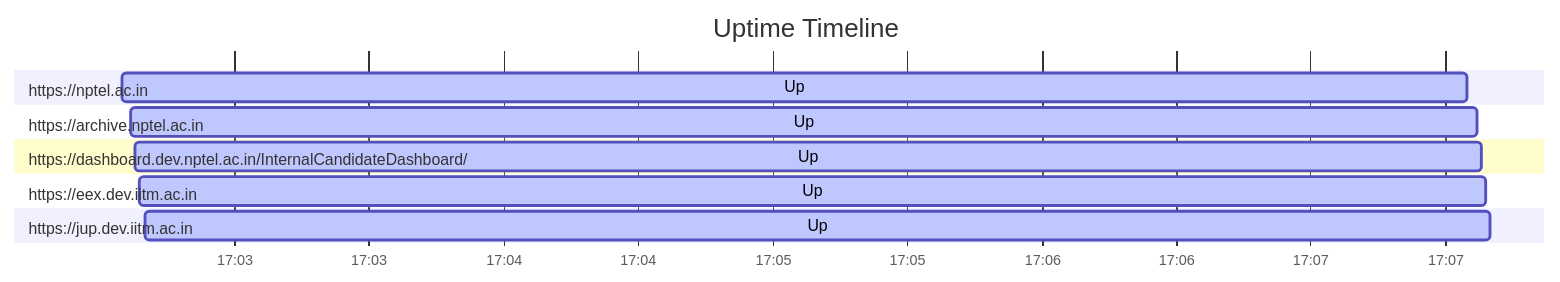
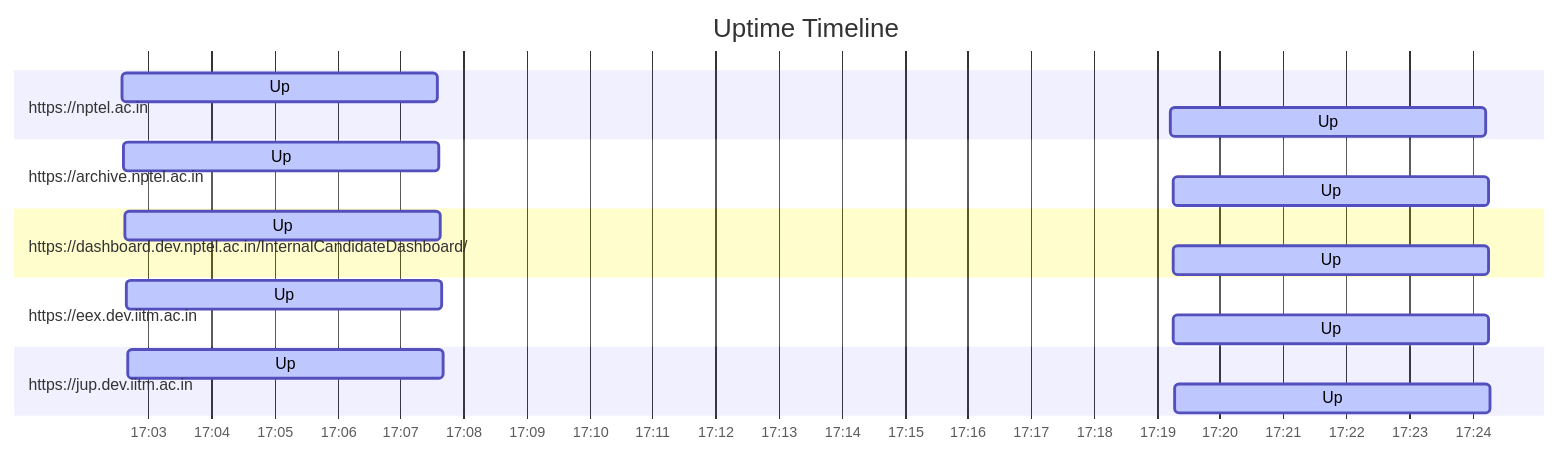
The diagram in results.md (nchandra75/monitor), drawn with Mermaid before and after one commit. The commit also changed other lines of this file and 1 other file, not shown here.

````diff
--- a/results.md
+++ b/results.md
@@ -21,16 +21,21 @@
 ```mermaid
 gantt
     title Uptime Timeline
     dateFormat YYYY-MM-DD HH:mm:ss
     axisFormat %H:%M
     section https://nptel.ac.in
         Up: active, 2024-09-13 17:02:35, 5m
+        Up: active, 2024-09-13 17:19:13, 5m
     section https://archive.nptel.ac.in
         Up: active, 2024-09-13 17:02:37, 5m
+        Up: active, 2024-09-13 17:19:15, 5m
     section https://dashboard.dev.nptel.ac.in/InternalCandidateDashboard/
         Up: active, 2024-09-13 17:02:38, 5m
+        Up: active, 2024-09-13 17:19:15, 5m
     section https://eex.dev.iitm.ac.in
         Up: active, 2024-09-13 17:02:39, 5m
+        Up: active, 2024-09-13 17:19:16, 5m
     section https://jup.dev.iitm.ac.in
         Up: active, 2024-09-13 17:02:40, 5m
+        Up: active, 2024-09-13 17:19:17, 5m
 ```
````
